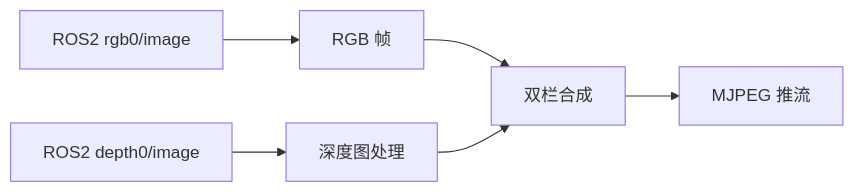
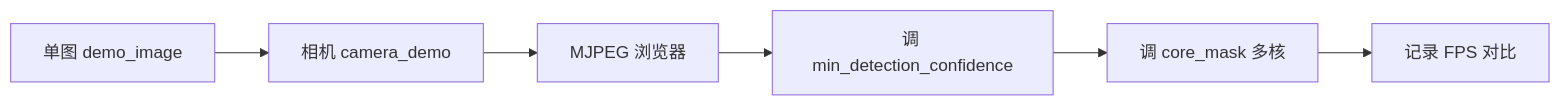
Before and after one commit to aibittek/course_generate_agent: the ninth of 9 diagrams in courses/sheet1/robot_vision/_parts/experiment-8.md, drawn with Mermaid. The commit also changed other lines of this file and 98 other files, not shown here.

````diff
--- a/courses/sheet1/robot_vision/_parts/experiment-8.md
+++ b/courses/sheet1/robot_vision/_parts/experiment-8.md
@@ -437,8 +499,8 @@
 ```mermaid
 graph LR
-    A[ROS2 rgb0/image] --> B[RGB 帧]
-    C[ROS2 depth0/image] --> D[深度图处理]
-    B --> E[双栏合成]
-    D --> E
-    E --> F[MJPEG 推流]
+    A[单图 demo_image] --> B[相机 camera_demo]
+    B --> C[MJPEG 浏览器]
+    C --> D[调 min_detection_confidence]
+    D --> E[调 core_mask 多核]
+    E --> F[记录 FPS 对比]
 ```
````
